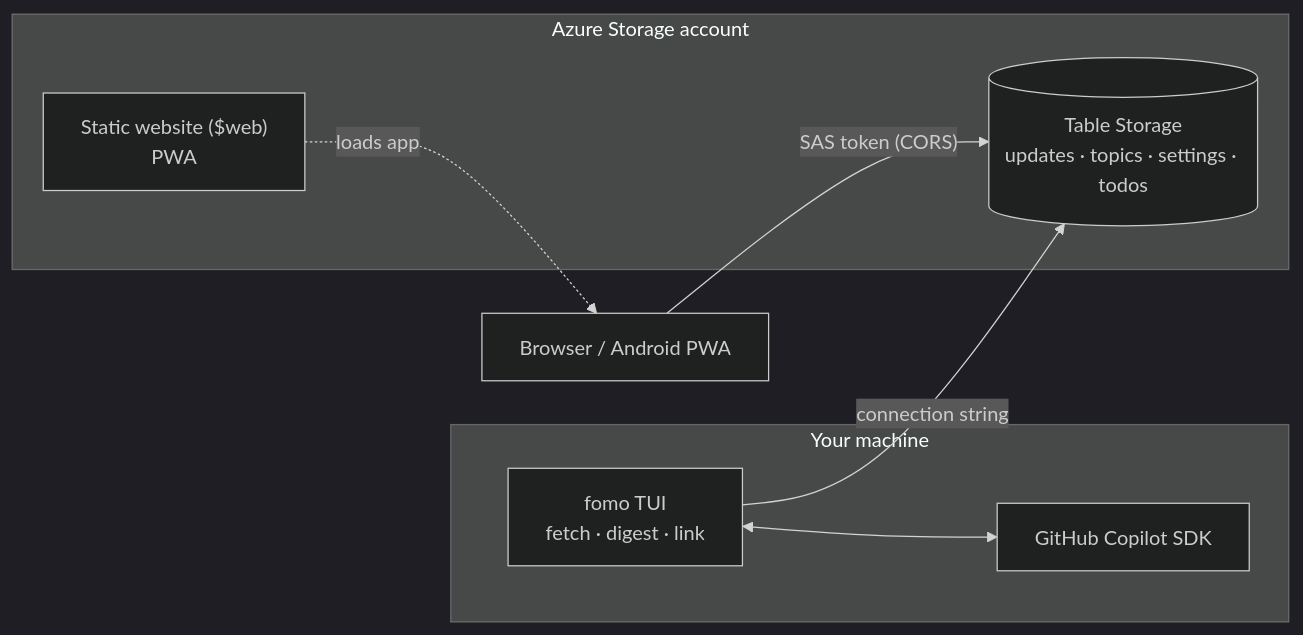
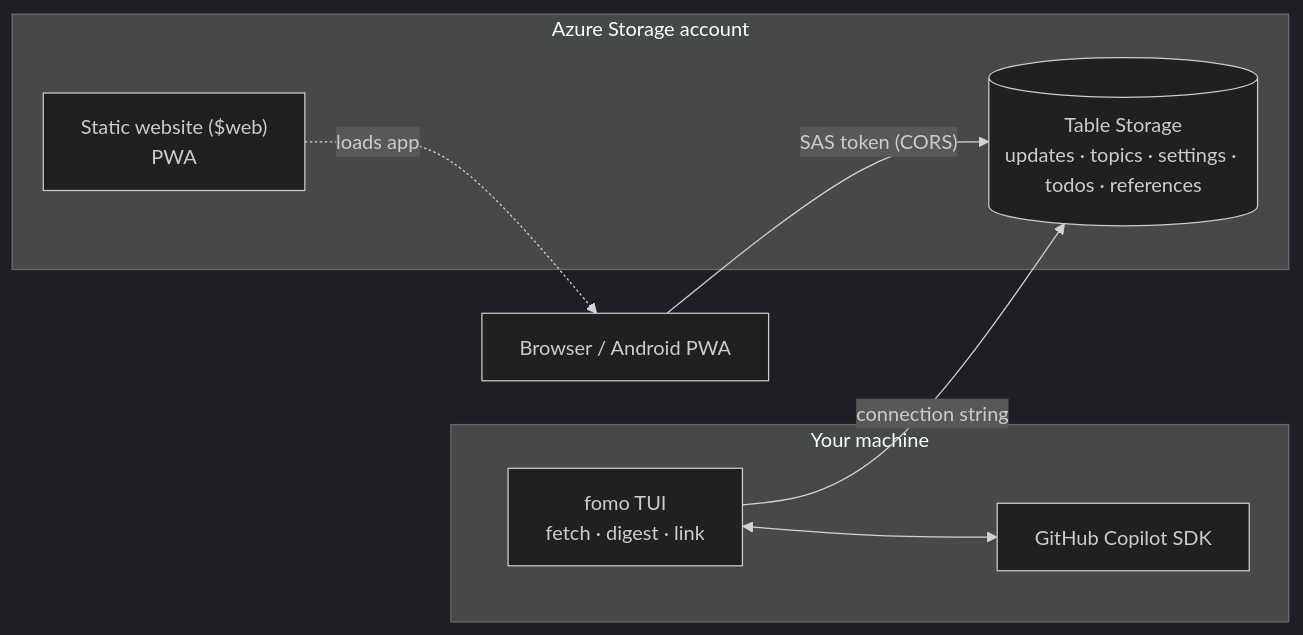
Before and after one commit to ahelal/fomo: the diagram in README.md, drawn with Mermaid (dark theme). The commit also changed other lines of this file and 33 other files, not shown here.

````diff
--- a/README.md
+++ b/README.md
@@ -37,17 +38,17 @@
 ```mermaid
 flowchart LR
   subgraph laptop[Your machine]
     TUI["fomo TUI<br/>fetch · digest · link"]
     Copilot["GitHub Copilot SDK"]
   end
   subgraph azure[Azure Storage account]
-    Tables[("Table Storage<br/>updates · topics · settings · todos")]
+    Tables[("Table Storage<br/>updates · topics · settings · todos · references")]
     Web["Static website ($web)<br/>PWA"]
   end
   Phone["Browser / Android PWA"]
 
   TUI -- "connection string" --> Tables
   TUI <--> Copilot
   Web -. "loads app" .-> Phone
   Phone -- "SAS token (CORS)" --> Tables
 ```
````
